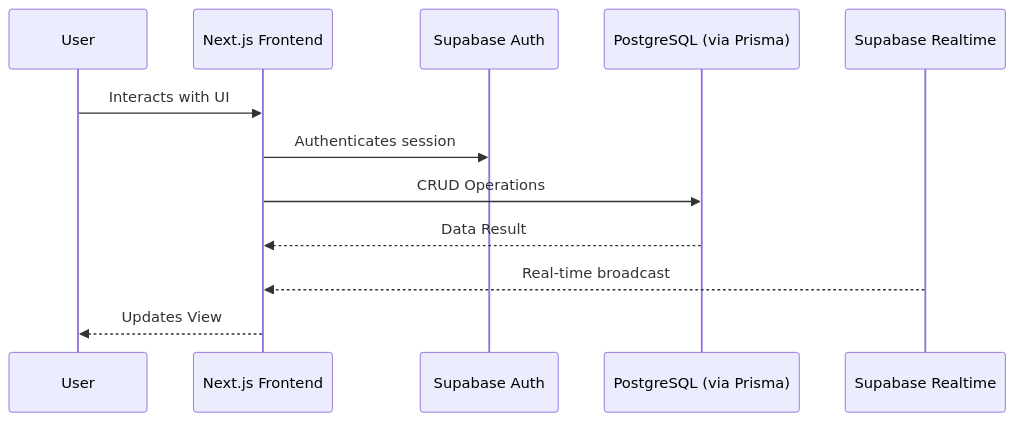
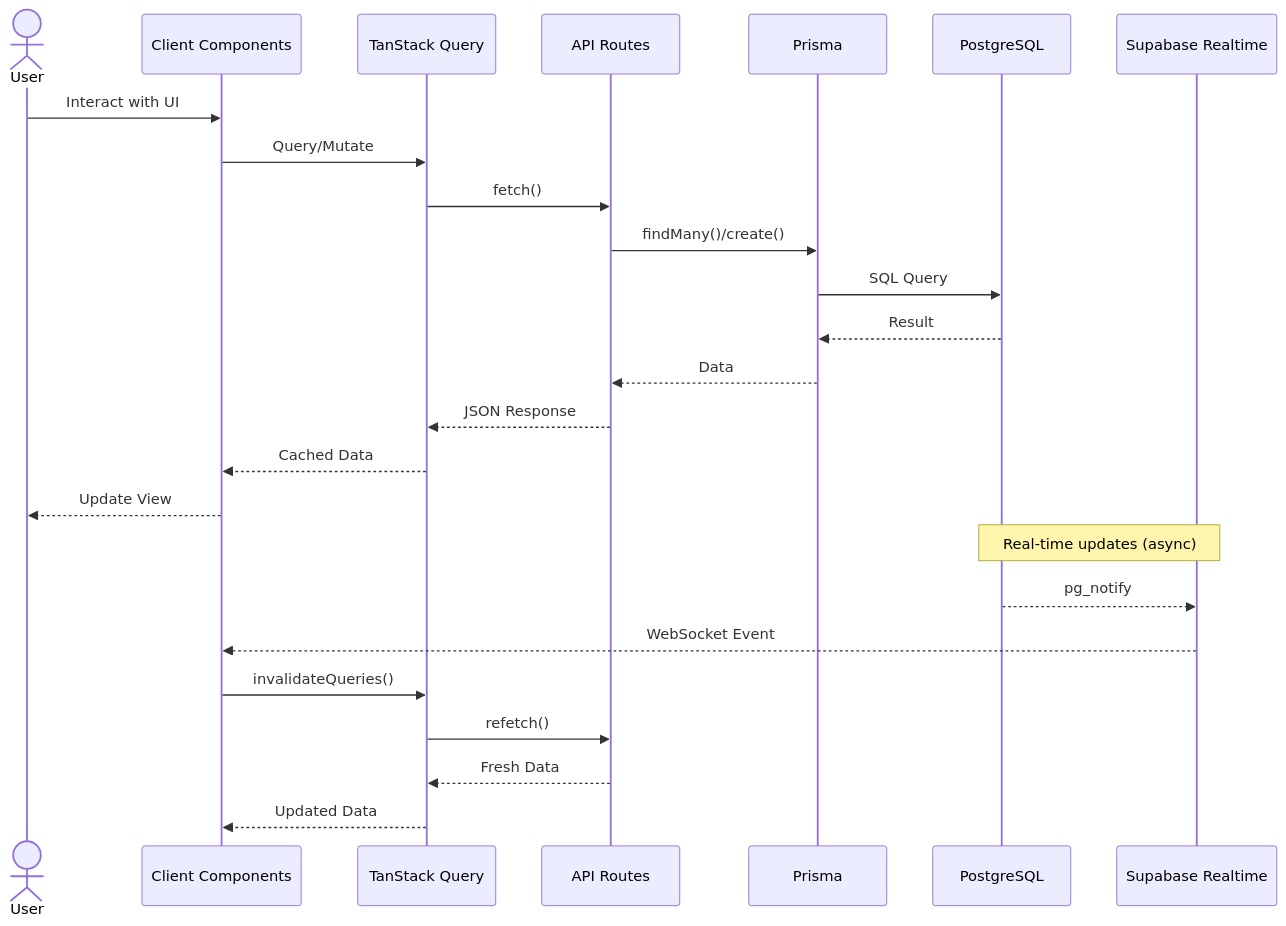
One commit to krockxz/TaskFlow changed the third of 3 diagrams in README.md. Above: the diagram before and after it, drawn with Mermaid. The commit also changed other lines of this file and 9 other files, not shown here.

````diff
--- a/README.md
+++ b/README.md
@@ -121,15 +193,29 @@
 ```mermaid
 sequenceDiagram
-    participant U as User
-    participant F as Next.js Frontend
-    participant A as Supabase Auth
-    participant D as PostgreSQL (via Prisma)
+    actor U as User
+    participant C as Client Components
+    participant Q as TanStack Query
+    participant API as API Routes
+    participant P as Prisma
+    participant DB as PostgreSQL
     participant R as Supabase Realtime
 
-    U->>F: Interacts with UI
-    F->>A: Authenticates session
-    F->>D: CRUD Operations
-    D-->>F: Data Result
-    R-->>F: Real-time broadcast
-    F-->>U: Updates View
+    U->>C: Interact with UI
+    C->>Q: Query/Mutate
+    Q->>API: fetch()
+    API->>P: findMany()/create()
+    P->>DB: SQL Query
+    DB-->>P: Result
+    P-->>API: Data
+    API-->>Q: JSON Response
+    Q-->>C: Cached Data
+    C-->>U: Update View
+
+    Note over R,DB: Real-time updates (async)
+    DB-->>R: pg_notify
+    R-->>C: WebSocket Event
+    C->>Q: invalidateQueries()
+    Q->>API: refetch()
+    API-->>Q: Fresh Data
+    Q-->>C: Updated Data
 ```
````
